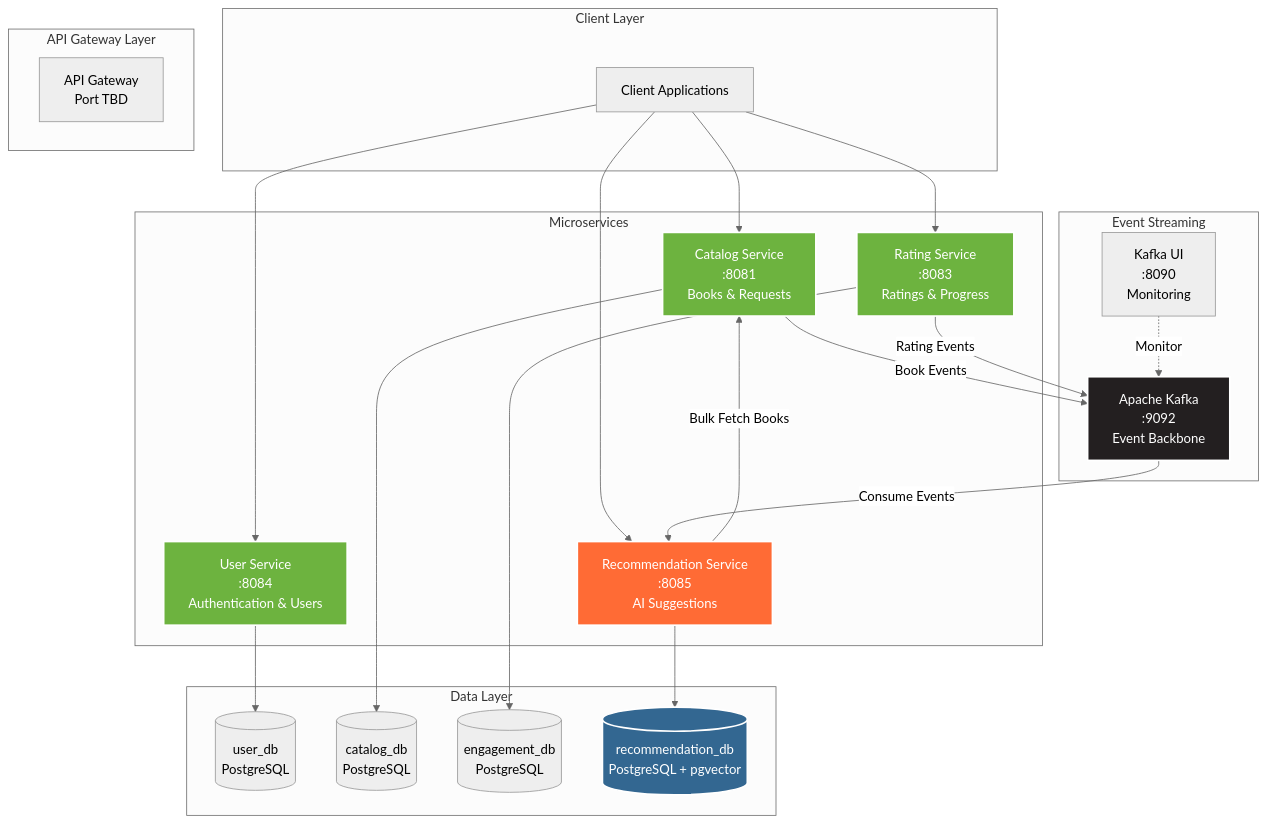
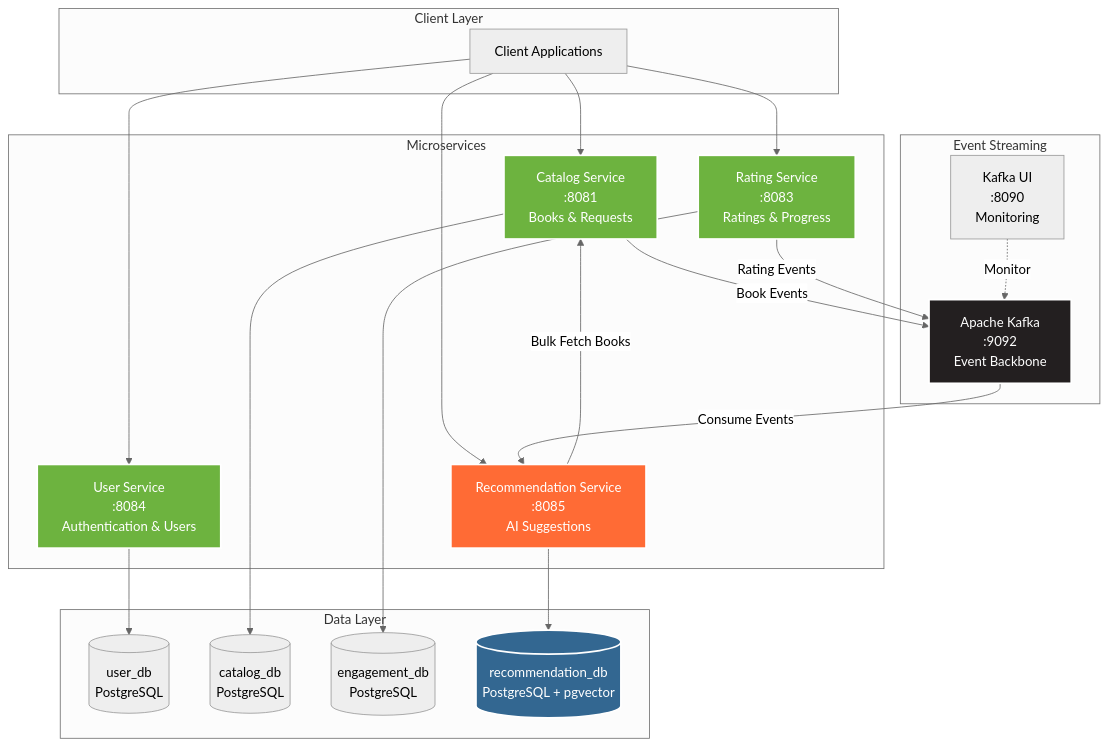
The first of 2 diagrams in README.md (Luca5Eckert/VellumHub), drawn with Mermaid (neutral theme) before and after one commit.

Commit message:
docs: remove non-existent API Gateway from architecture diagram

````diff
--- a/README.md
+++ b/README.md
@@ -75,54 +75,50 @@
 ```mermaid
 graph TB
     subgraph "Client Layer"
         CLIENT[Client Applications]
-    end
-    
-    subgraph "API Gateway Layer"
-        GATEWAY[API Gateway<br/>Port TBD]
     end
     
     subgraph "Microservices"
         US[User Service<br/>:8084<br/>Authentication & Users]
         CS[Catalog Service<br/>:8081<br/>Books & Requests]
         RS[Rating Service<br/>:8083<br/>Ratings & Progress]
         RCS[Recommendation Service<br/>:8085<br/>AI Suggestions]
     end
     
     subgraph "Event Streaming"
         KAFKA[Apache Kafka<br/>:9092<br/>Event Backbone]
         KUI[Kafka UI<br/>:8090<br/>Monitoring]
     end
     
     subgraph "Data Layer"
         DB1[(user_db<br/>PostgreSQL)]
         DB2[(catalog_db<br/>PostgreSQL)]
         DB3[(engagement_db<br/>PostgreSQL)]
         DB4[(recommendation_db<br/>PostgreSQL + pgvector)]
     end
     
     CLIENT --> US
     CLIENT --> CS
     CLIENT --> RS
     CLIENT --> RCS
     
     US --> DB1
     CS --> DB2
     RS --> DB3
     RCS --> DB4
     
     CS -->|Book Events| KAFKA
     RS -->|Rating Events| KAFKA
     KAFKA -->|Consume Events| RCS
     
     RCS -->|Bulk Fetch Books| CS
     
     KUI -.Monitor.-> KAFKA
     
     style KAFKA fill:#231F20,stroke:#fff,stroke-width:2px,color:#fff
     style US fill:#6DB33F,stroke:#fff,stroke-width:2px,color:#fff
     style CS fill:#6DB33F,stroke:#fff,stroke-width:2px,color:#fff
     style RS fill:#6DB33F,stroke:#fff,stroke-width:2px,color:#fff
     style RCS fill:#FF6B35,stroke:#fff,stroke-width:2px,color:#fff
     style DB4 fill:#336791,stroke:#fff,stroke-width:2px,color:#fff
 ```
````
